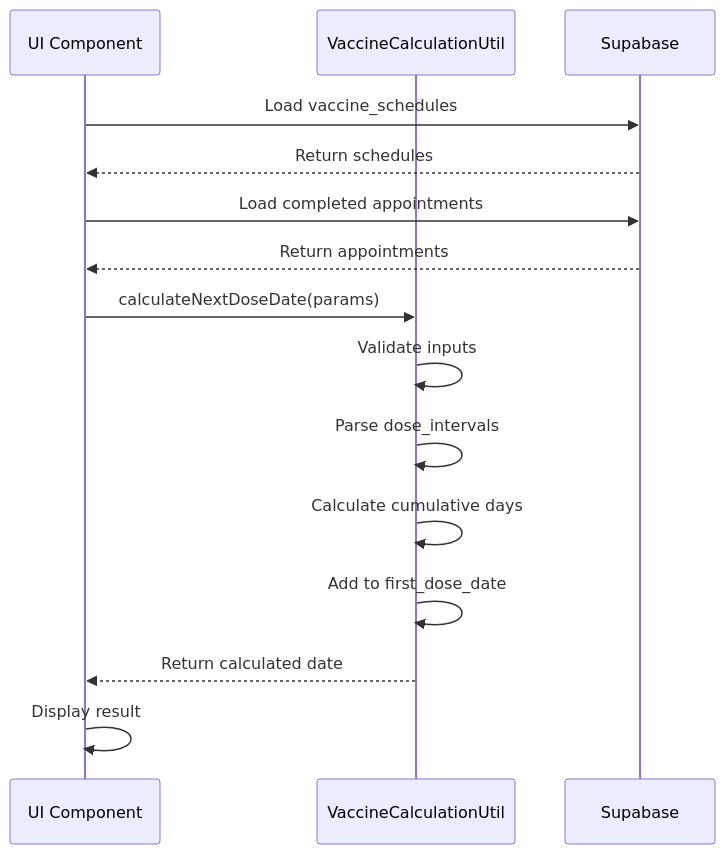
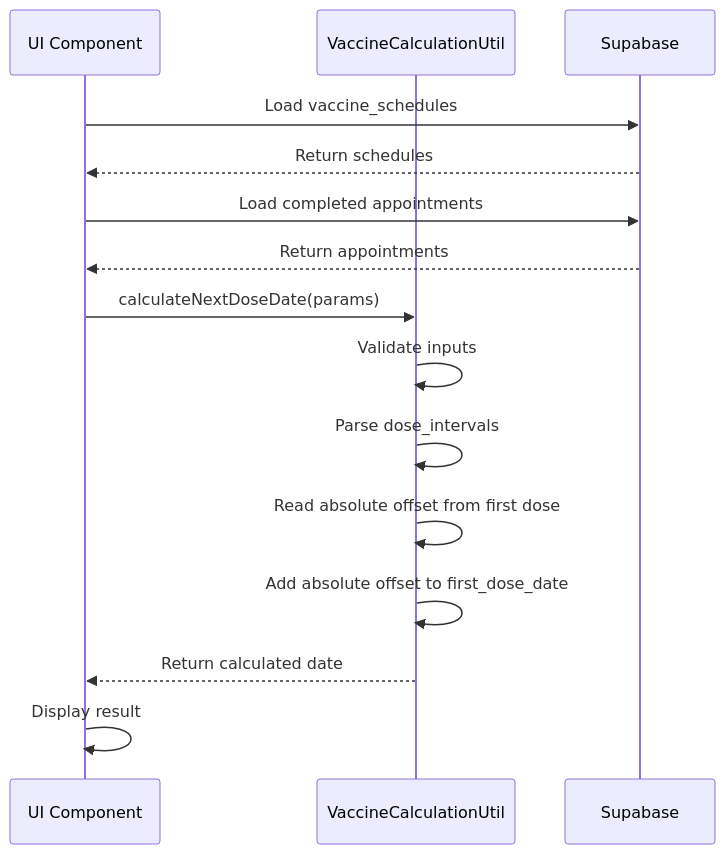
Before and after one commit to MORADOK/VaccineHomeBot: the diagram in .kiro/specs/vaccine-appointment-calculation-standardization/design.md, drawn with Mermaid. The commit also changed other lines of this file and 4 other files, not shown here.

````diff
--- a/.kiro/specs/vaccine-appointment-calculation-standardization/design.md
+++ b/.kiro/specs/vaccine-appointment-calculation-standardization/design.md
@@ -55,21 +55,21 @@
 ```mermaid
 sequenceDiagram
     participant UI as UI Component
     participant Util as VaccineCalculationUtil
     participant DB as Supabase
     
     UI->>DB: Load vaccine_schedules
     DB-->>UI: Return schedules
     
     UI->>DB: Load completed appointments
     DB-->>UI: Return appointments
     
     UI->>Util: calculateNextDoseDate(params)
     Util->>Util: Validate inputs
     Util->>Util: Parse dose_intervals
-    Util->>Util: Calculate cumulative days
-    Util->>Util: Add to first_dose_date
+    Util->>Util: Read absolute offset from first dose
+    Util->>Util: Add absolute offset to first_dose_date
     Util-->>UI: Return calculated date
     
     UI->>UI: Display result
 ```
````
